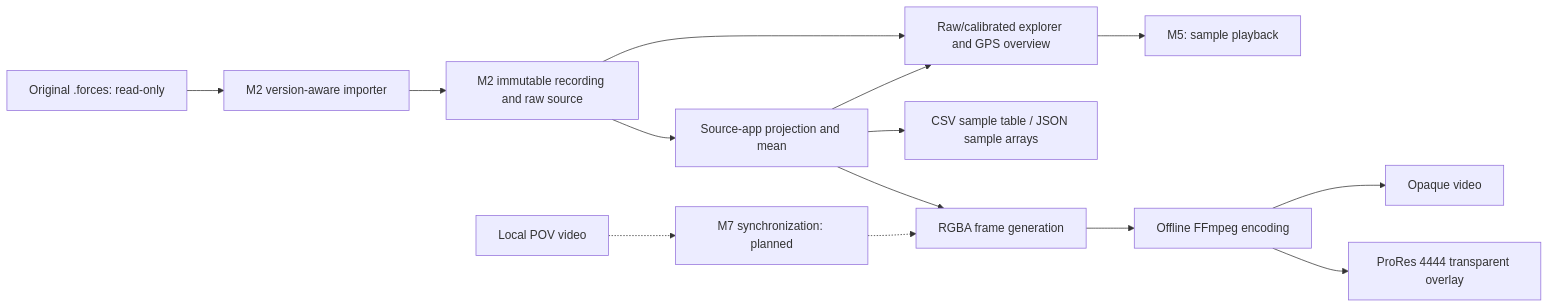
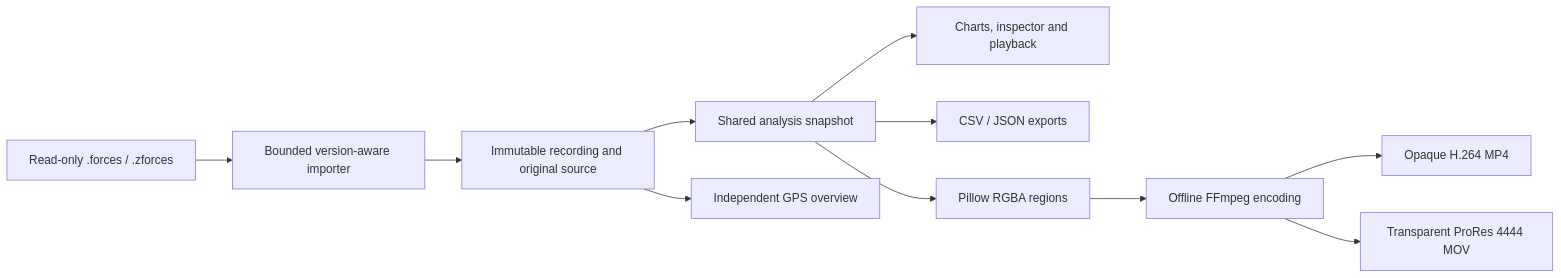
Before and after one commit to rudnerbjoern/ride-forces-analyzer: the diagram in docs/architecture/04_solution_strategy.md, drawn with Mermaid. The commit also changed other lines of this file and 39 other files, not shown here.

````diff
--- a/docs/architecture/04_solution_strategy.md
+++ b/docs/architecture/04_solution_strategy.md
@@ -13,16 +7,13 @@
 ```mermaid
 flowchart LR
-    Original["Original .forces: read-only"] --> Importer["M2 version-aware importer"]
-    Importer --> Canonical["M2 immutable recording and raw source"]
-    Canonical --> Analysis["Source-app projection and mean"]
-    Canonical --> Explorer["Raw/calibrated explorer and GPS overview"]
-    Analysis --> Explorer
-    Analysis --> Data["CSV sample table / JSON sample arrays"]
-    Explorer --> Playback["M5: sample playback"]
-    Analysis --> Frames["RGBA frame generation"]
+    Original["Read-only .forces / .zforces"] --> Importer["Bounded version-aware importer"]
+    Importer --> Recording["Immutable recording and original source"]
+    Recording --> Analysis["Shared analysis snapshot"]
+    Analysis --> Explorer["Charts, inspector and playback"]
+    Recording --> GPS["Independent GPS overview"]
+    Analysis --> Data["CSV / JSON exports"]
+    Analysis --> Frames["Pillow RGBA regions"]
     Frames --> Encoder["Offline FFmpeg encoding"]
-    Encoder --> Opaque["Opaque video"]
-    Encoder --> Overlay["ProRes 4444 transparent overlay"]
-    POV["Local POV video"] -.-> Sync["M7 synchronization: planned"]
-    Sync -.-> Frames
+    Encoder --> Opaque["Opaque H.264 MP4"]
+    Encoder --> Overlay["Transparent ProRes 4444 MOV"]
 ```
````
